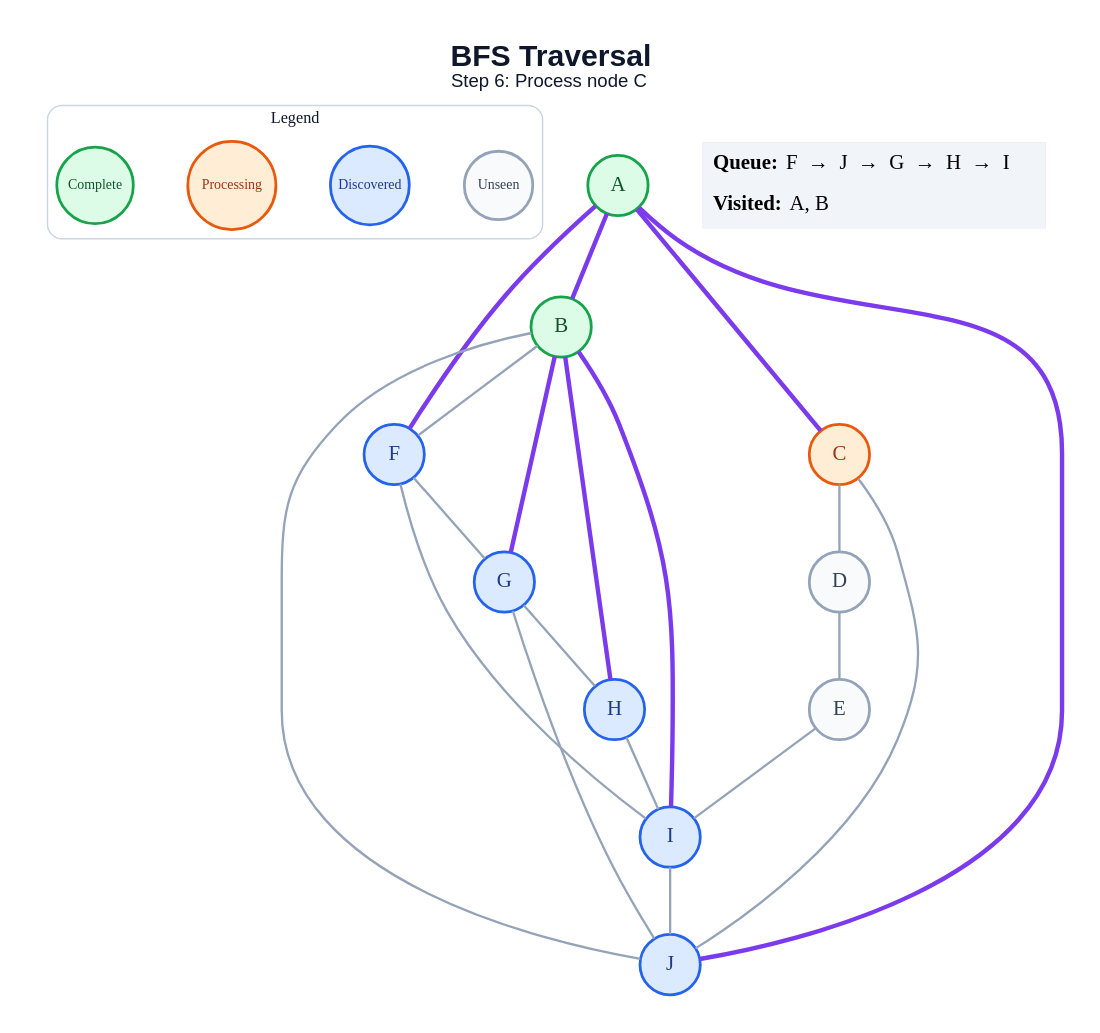
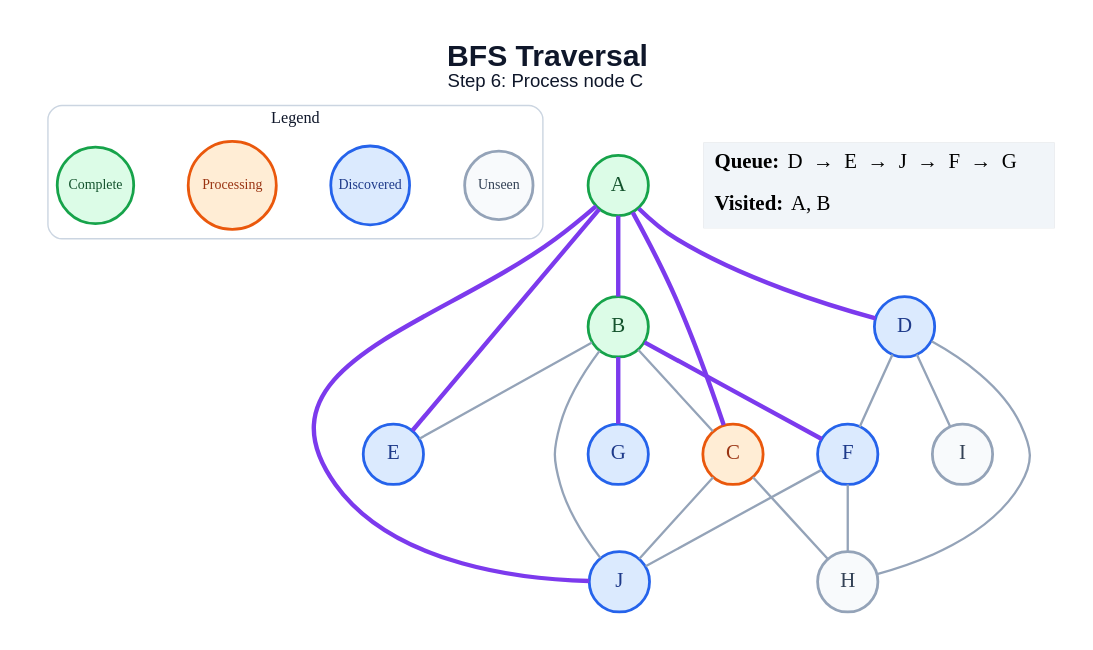
The diagram in generated/bfs/step_06.dot (amanghodawala9/ai-slop), drawn with Graphviz before and after one commit. The commit also changed 178 other files, not shown here.

```diff
--- a/generated/bfs/step_06.dot
+++ b/generated/bfs/step_06.dot
@@ -1,48 +1,46 @@
 graph traversal {
   graph [layout=dot, rankdir=TB, bgcolor="#FFFFFF", pad="0.35", nodesep="0.65", ranksep="0.8", fontname="Arial"];
   node [shape=circle, style="filled", fontname="Arial Bold", fontsize=18, width=0.72, fixedsize=true, penwidth=2.4];
   edge [color="#94A3B8", penwidth=2.0];
   label=<<B>BFS Traversal</B><BR/><FONT POINT-SIZE="16">Step 6: Process node C</FONT>>; labelloc="t"; fontsize=26; fontname="Arial"; fontcolor="#0F172A";
   subgraph cluster_legend { label="Legend"; color="#CBD5E1"; penwidth=1.2; style="rounded"; fontsize=14; fontname="Arial Bold";
     key_unseen [label="Unseen", fillcolor="#F8FAFC", color="#94A3B8", fontcolor="#334155", fontsize=12, width=0.82];
     key_frontier [label="Discovered", fillcolor="#DBEAFE", color="#2563EB", fontcolor="#1E3A8A", fontsize=12, width=0.95];
     key_current [label="Processing", fillcolor="#FFEDD5", color="#EA580C", fontcolor="#9A3412", fontsize=12, width=1.05];
     key_done [label="Complete", fillcolor="#DCFCE7", color="#16A34A", fontcolor="#14532D", fontsize=12, width=0.92];
     { rank=same; key_unseen; key_frontier; key_current; key_done; }
   }
   A [fillcolor="#DCFCE7", color="#16A34A", fontcolor="#14532D"];
   B [fillcolor="#DCFCE7", color="#16A34A", fontcolor="#14532D"];
   C [fillcolor="#FFEDD5", color="#EA580C", fontcolor="#9A3412"];
-  D [fillcolor="#F8FAFC", color="#94A3B8", fontcolor="#334155"];
-  E [fillcolor="#F8FAFC", color="#94A3B8", fontcolor="#334155"];
+  D [fillcolor="#DBEAFE", color="#2563EB", fontcolor="#1E3A8A"];
+  E [fillcolor="#DBEAFE", color="#2563EB", fontcolor="#1E3A8A"];
   F [fillcolor="#DBEAFE", color="#2563EB", fontcolor="#1E3A8A"];
   G [fillcolor="#DBEAFE", color="#2563EB", fontcolor="#1E3A8A"];
-  H [fillcolor="#DBEAFE", color="#2563EB", fontcolor="#1E3A8A"];
-  I [fillcolor="#DBEAFE", color="#2563EB", fontcolor="#1E3A8A"];
+  H [fillcolor="#F8FAFC", color="#94A3B8", fontcolor="#334155"];
+  I [fillcolor="#F8FAFC", color="#94A3B8", fontcolor="#334155"];
   J [fillcolor="#DBEAFE", color="#2563EB", fontcolor="#1E3A8A"];
   A -- B [color="#7C3AED", penwidth=3.8];
   A -- C [color="#7C3AED", penwidth=3.8];
-  A -- F [color="#7C3AED", penwidth=3.8];
+  A -- D [color="#7C3AED", penwidth=3.8];
+  A -- E [color="#7C3AED", penwidth=3.8];
   A -- J [color="#7C3AED", penwidth=3.8];
-  B -- F;
+  B -- C;
+  B -- E;
+  B -- F [color="#7C3AED", penwidth=3.8];
   B -- G [color="#7C3AED", penwidth=3.8];
-  B -- H [color="#7C3AED", penwidth=3.8];
-  B -- I [color="#7C3AED", penwidth=3.8];
   B -- J;
-  C -- D;
+  C -- H;
   C -- J;
-  D -- E;
-  E -- I;
-  F -- G;
-  F -- I;
-  G -- H;
-  G -- J;
-  H -- I;
-  I -- J;
+  D -- F;
+  D -- H;
+  D -- I;
+  F -- H;
+  F -- J;
   status [shape=plain, fixedsize=false, width=0, height=0, margin=0, label=<
     <TABLE BORDER="0" CELLBORDER="0" CELLPADDING="7" BGCOLOR="#F1F5F9">
-      <TR><TD ALIGN="LEFT"><B>Queue:</B> F  →  J  →  G  →  H  →  I</TD></TR>
+      <TR><TD ALIGN="LEFT"><B>Queue:</B> D  →  E  →  J  →  F  →  G</TD></TR>
       <TR><TD ALIGN="LEFT"><B>Visited:</B> A, B</TD></TR>
     </TABLE>
   >];
 }
```
